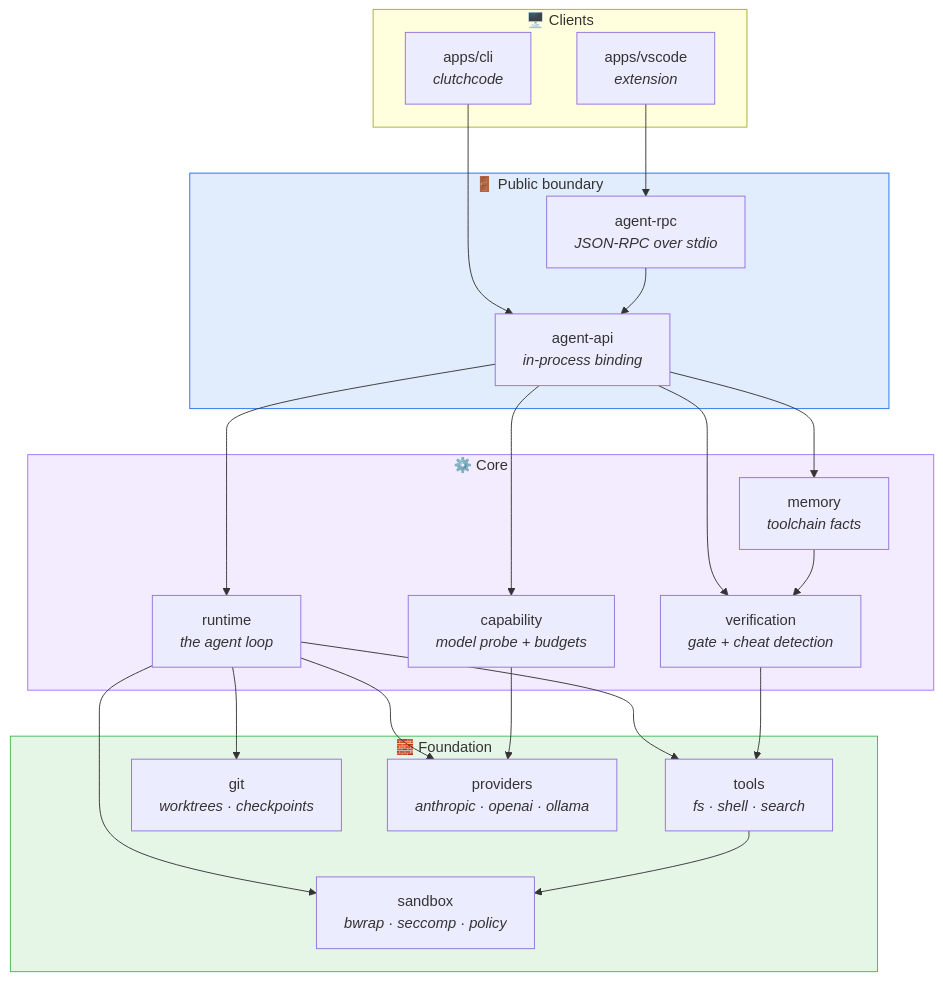
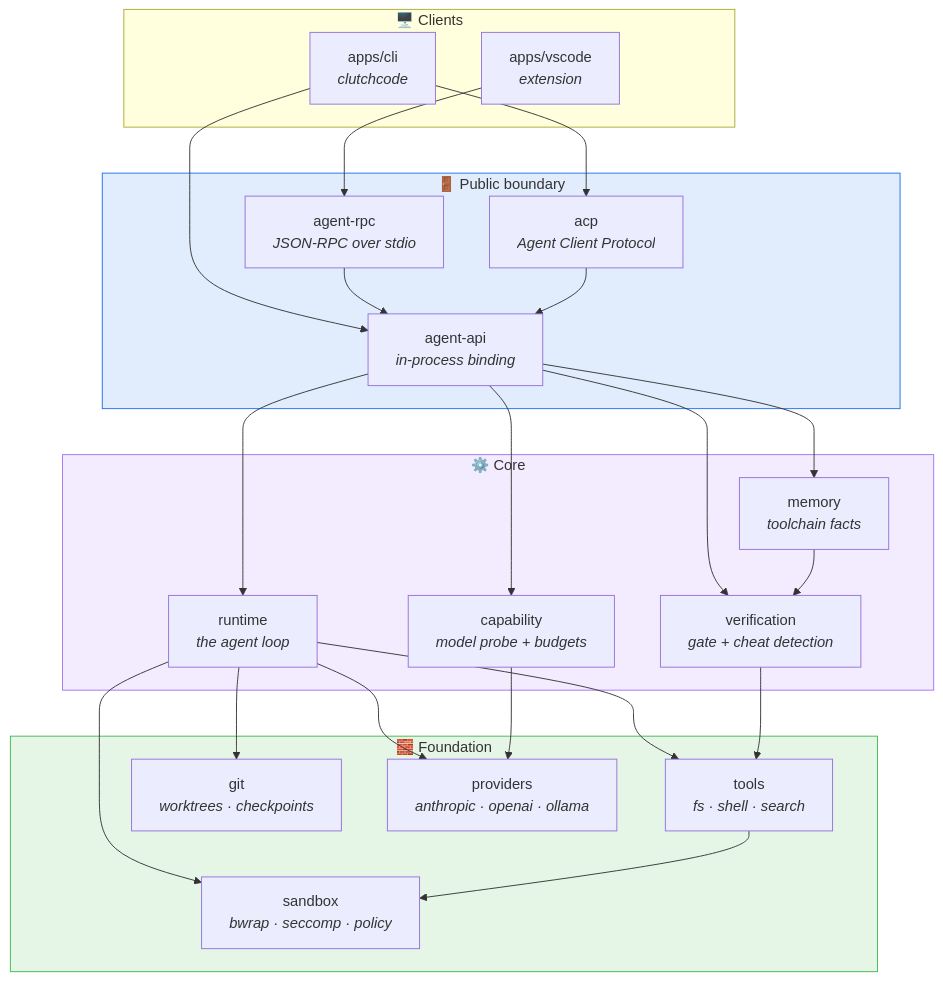
The first of 3 diagrams in README.md (Derric01/ClutchCode), drawn with Mermaid before and after one commit. The commit also changed other lines of this file and 20 other files, not shown here.

````diff
--- a/README.md
+++ b/README.md
@@ -96,40 +96,43 @@
 ```mermaid
 flowchart TB
     subgraph clients["🖥️  Clients"]
         CLI["apps/cli<br/><i>clutchcode</i>"]
         VSC["apps/vscode<br/><i>extension</i>"]
     end
 
     subgraph boundary["🚪  Public boundary"]
         API["agent-api<br/><i>in-process binding</i>"]
         RPC["agent-rpc<br/><i>JSON-RPC over stdio</i>"]
+        ACP["acp<br/><i>Agent Client Protocol</i>"]
     end
 
     subgraph core["⚙️  Core"]
         RT["runtime<br/><i>the agent loop</i>"]
         CAP["capability<br/><i>model probe + budgets</i>"]
         VER["verification<br/><i>gate + cheat detection</i>"]
         MEM["memory<br/><i>toolchain facts</i>"]
     end
 
     subgraph found["🧱  Foundation"]
         TOOLS["tools<br/><i>fs · shell · search</i>"]
         SBX["sandbox<br/><i>bwrap · seccomp · policy</i>"]
         GIT["git<br/><i>worktrees · checkpoints</i>"]
         PROV["providers<br/><i>anthropic · openai · ollama</i>"]
     end
 
     CLI --> API
+    CLI --> ACP
     VSC --> RPC
     RPC --> API
+    ACP --> API
     API --> RT & CAP & VER & MEM
     RT --> TOOLS & GIT & PROV & SBX
     VER --> TOOLS
     CAP --> PROV
     MEM --> VER
     TOOLS --> SBX
 
     style boundary fill:#1f6feb22,stroke:#1f6feb
     style found fill:#3fb95022,stroke:#3fb950
     style core fill:#a371f722,stroke:#a371f7
 ```
````
